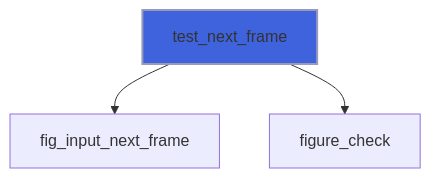
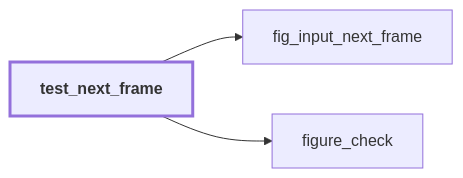
The second of 57 diagrams in docs/api/src/lib/figure_testing.md (szaghi/figure), drawn with Mermaid before and after one commit. The commit also changed other lines of this file and 54 other files, not shown here.

````diff
--- a/docs/api/src/lib/figure_testing.md
+++ b/docs/api/src/lib/figure_testing.md
@@ -99,6 +145,9 @@
 ```mermaid
-flowchart TD
+flowchart LR
   test_next_frame["test_next_frame"] --> fig_input_next_frame["fig_input_next_frame"]
   test_next_frame["test_next_frame"] --> figure_check["figure_check"]
-  style test_next_frame fill:#3e63dd,stroke:#99b,stroke-width:2px
+  classDef focus stroke-width:3px,font-weight:bold
+  class test_next_frame focus
+  click figure_check href "figure_base.html#figure-check" "figure_check"
+  click fig_input_next_frame href "figure_c_native.html#fig-input-next-frame" "fig_input_next_frame"
 ```
````
